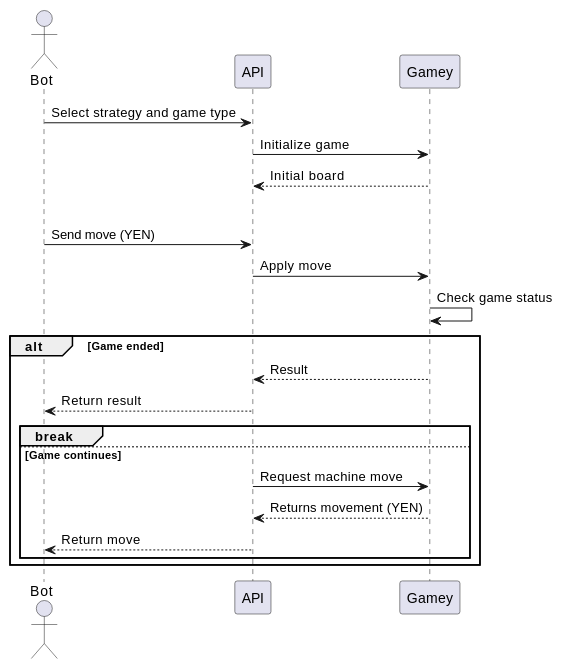
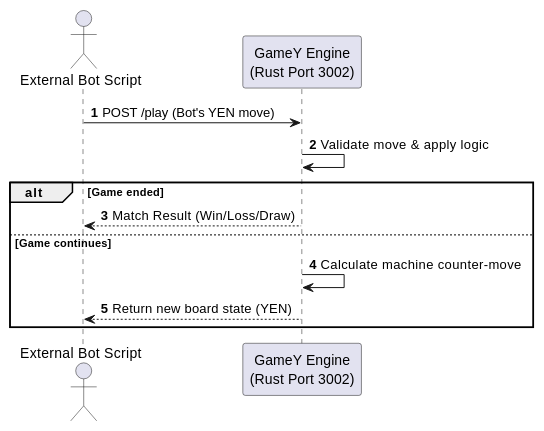
The fourth of 5 diagrams in docs/src/06_runtime_view.adoc (Arquisoft/yovi_es1a), drawn with PlantUML before and after one commit. The commit also changed other lines of this file and 1 other file, not shown here.

```diff
--- a/docs/src/06_runtime_view.adoc
+++ b/docs/src/06_runtime_view.adoc
@@ -87,25 +147,18 @@
 [plantuml]
 ----
 @startuml
-actor Bot
-participant API
-participant Gamey
-Bot -> API: Select strategy and game type
-API -> Gamey: Initialize game
-Gamey --> API: Initial board
-loop Game loop
-    Bot -> API: Send move (YEN)
-    API -> Gamey: Apply move
-    Gamey -> Gamey: Check game status
-    alt Game ended
-        Gamey --> API: Result
-        API --> Bot: Return result
-        break
-    else Game continues
-        API -> Gamey: Request machine move
-        Gamey --> API: Returns movement (YEN)
-        API --> Bot: Return move
-    end
+autonumber
+actor "External Bot Script" as Bot
+participant "GameY Engine\n(Rust Port 3002)" as Gamey
+
+Bot -> Gamey: POST /play (Bot's YEN move)
+Gamey -> Gamey: Validate move & apply logic
+
+alt Game ended
+    Gamey --> Bot: Match Result (Win/Loss/Draw)
+else Game continues
+    Gamey -> Gamey: Calculate machine counter-move
+    Gamey --> Bot: Return new board state (YEN)
 end
 @enduml
 ----
```
